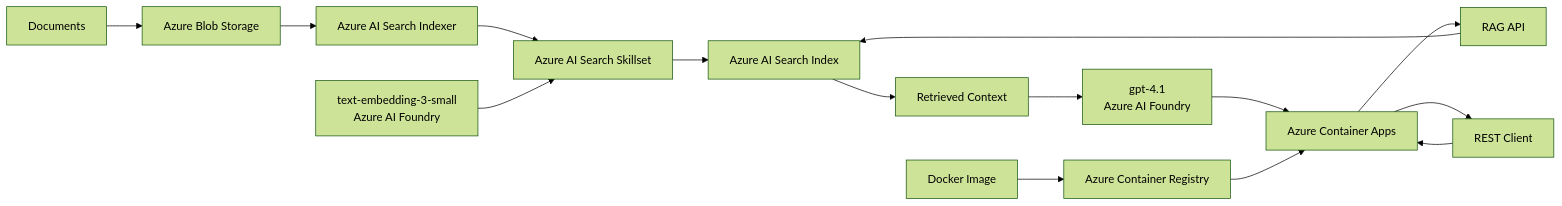
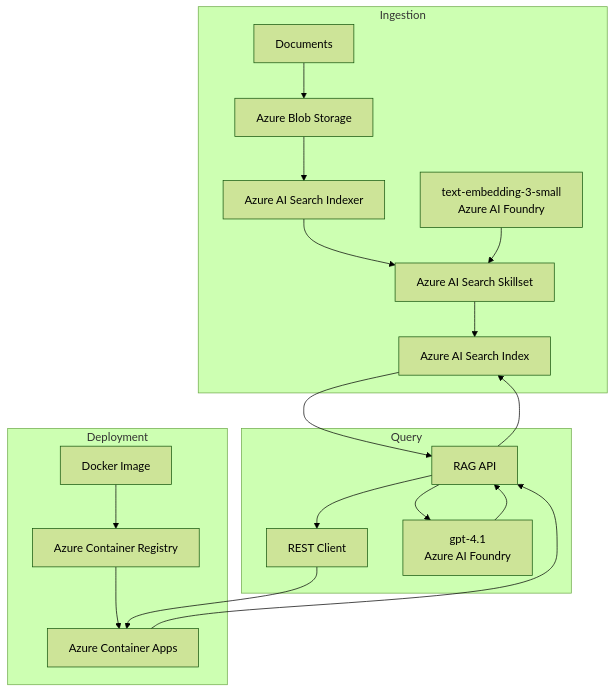
Before and after one commit to txominvs/azure-rag: the diagram in README.md, drawn with Mermaid (forest theme).

Commit message:
Update architecture diagram in README
Refactor architecture diagram to include ingestion, deployment, and query subgraphs.

````diff
--- a/README.md
+++ b/README.md
@@ -11,20 +11,25 @@
 ```mermaid
-flowchart LR
-    A[Documents] --> B[Azure Blob Storage]
-    B --> C[Azure AI Search Indexer]
-    C --> D[Azure AI Search Skillset]
-    D --> E[Azure AI Search Index]
+flowchart TB
+    subgraph Ingestion
+        A[Documents] --> B[Azure Blob Storage]
+        B --> C[Azure AI Search Indexer]
+        C --> D[Azure AI Search Skillset]
+        F[text-embedding-3-small<br/>Azure AI Foundry] --> D
+        D --> E[Azure AI Search Index]
+    end
 
-    F[text-embedding-3-small<br/>Azure AI Foundry] --> D
+    subgraph Deployment
+        K[Docker Image] --> L[Azure Container Registry]
+        L --> G[Azure Container Apps]
+    end
 
-    U[REST Client] --> G[Azure Container Apps]
-    G --> H[RAG API]
-    H --> E
-    E --> I[Retrieved Context]
-    I --> J[gpt-4.1<br/>Azure AI Foundry]
-    J --> G
-    G --> U
-
-    K[Docker Image] --> L[Azure Container Registry]
-    L --> G
+    subgraph Query
+        U[REST Client] --> G
+        G --> H[RAG API]
+        H --> E
+        E --> H
+        H --> J[gpt-4.1<br/>Azure AI Foundry]
+        J --> H
+        H --> U
+    end
 ```
````
